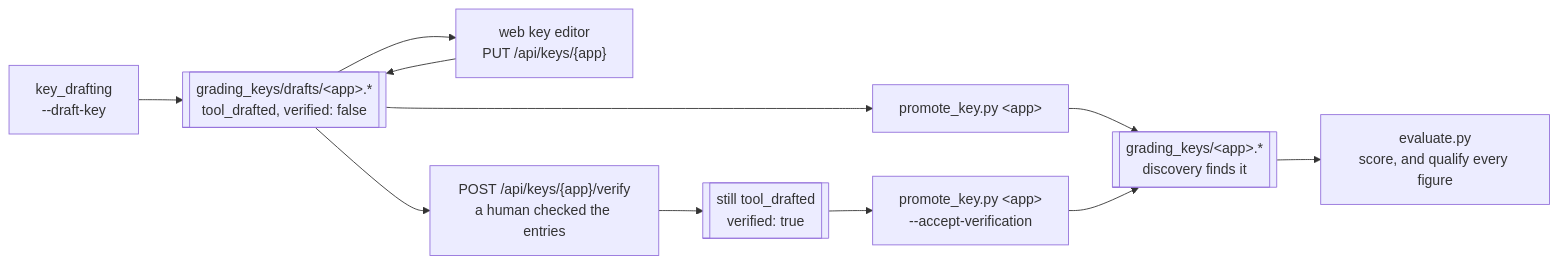
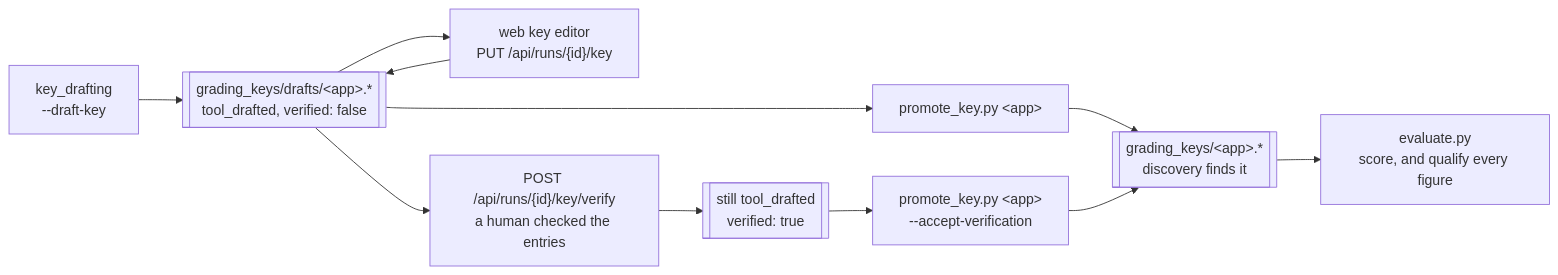
Before and after one commit to heinthtnaung/AgenticLLMAppAuditor: the third of 3 diagrams in docs/FLOW.md, drawn with Mermaid. The commit also changed other lines of this file and 61 other files, not shown here.

````diff
--- a/docs/FLOW.md
+++ b/docs/FLOW.md
@@ -81,13 +90,13 @@
 ```mermaid
 flowchart LR
     DRAFT["key_drafting<br/>--draft-key"] --> D[["grading_keys/drafts/&lt;app&gt;.*<br/>tool_drafted, verified: false"]]
-    D --> EDIT["web key editor<br/>PUT /api/keys/{app}"]
+    D --> EDIT["web key editor<br/>PUT /api/runs/{id}/key"]
     EDIT --> D
-    D --> V["POST /api/keys/{app}/verify<br/>a human checked the entries"]
+    D --> V["POST /api/runs/{id}/key/verify<br/>a human checked the entries"]
     V --> D2[["still tool_drafted<br/>verified: true"]]
     D --> PROMOTE["promote_key.py &lt;app&gt;"]
     D2 --> PROMOTEV["promote_key.py &lt;app&gt;<br/>--accept-verification"]
     PROMOTE --> K[["grading_keys/&lt;app&gt;.*<br/>discovery finds it"]]
     PROMOTEV --> K
     K --> SCORE["evaluate.py<br/>score, and qualify every figure"]
 ```
````
